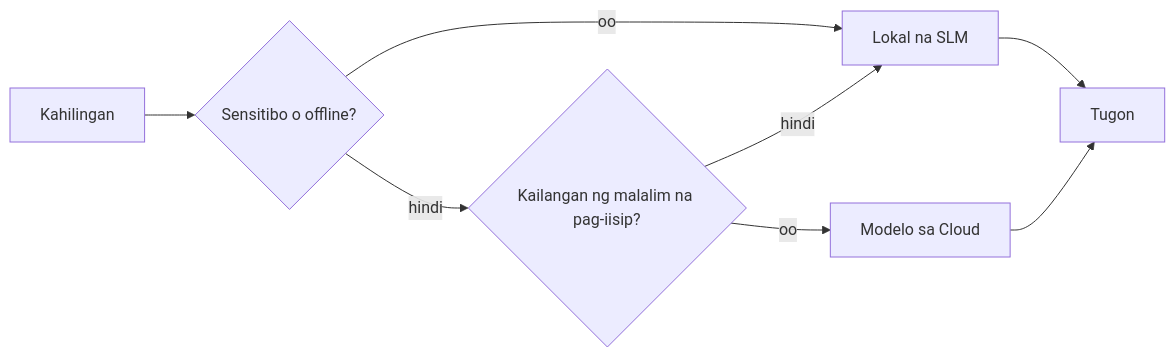
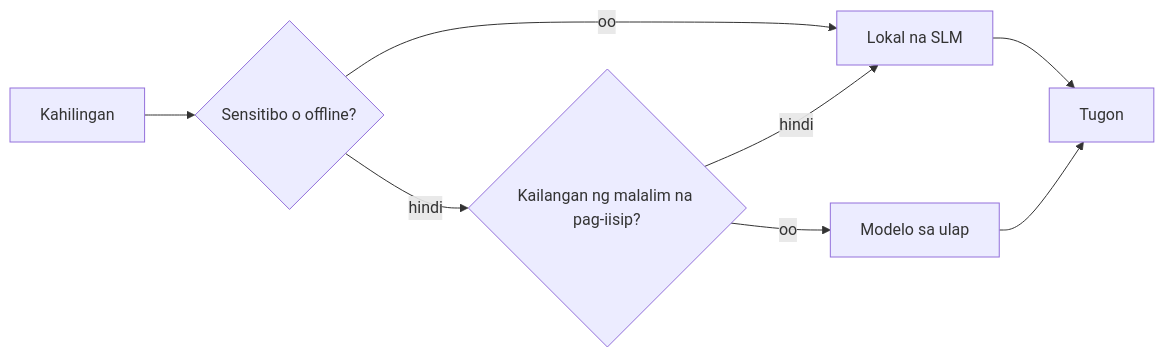
One commit to microsoft/ai-agents-for-beginners changed the fourth of 4 diagrams in translations/tl/17-creating-local-ai-agents/README.md. Above: the diagram before and after it, drawn with Mermaid. The commit also changed other lines of this file and 46 other files, not shown here.

````diff
--- a/translations/tl/17-creating-local-ai-agents/README.md
+++ b/translations/tl/17-creating-local-ai-agents/README.md
@@ -156,10 +156,10 @@
 ```mermaid
 flowchart LR
     Q[Kahilingan] --> S{Sensitibo o offline?}
     S -->|oo| L[Lokal na SLM]
     S -->|hindi| C{Kailangan ng malalim na pag-iisip?}
     C -->|hindi| L
-    C -->|oo| Cloud[Modelo sa Cloud]
+    C -->|oo| Cloud[Modelo sa ulap]
     L --> Out[Tugon]
     Cloud --> Out
 ```
````
